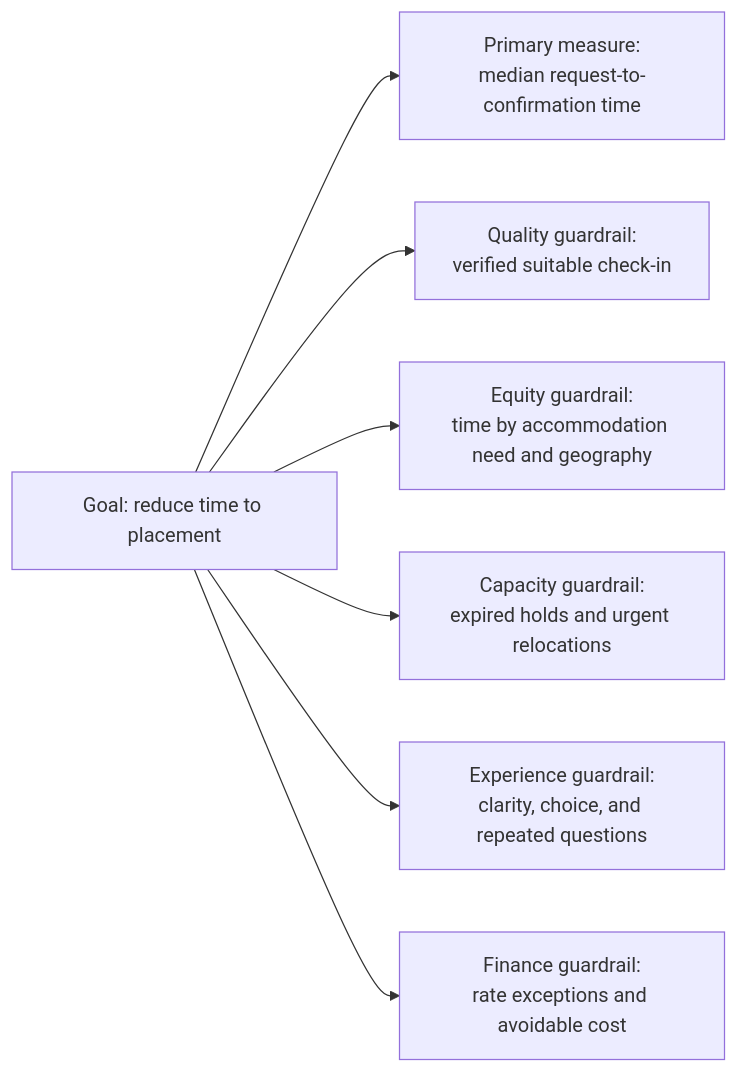
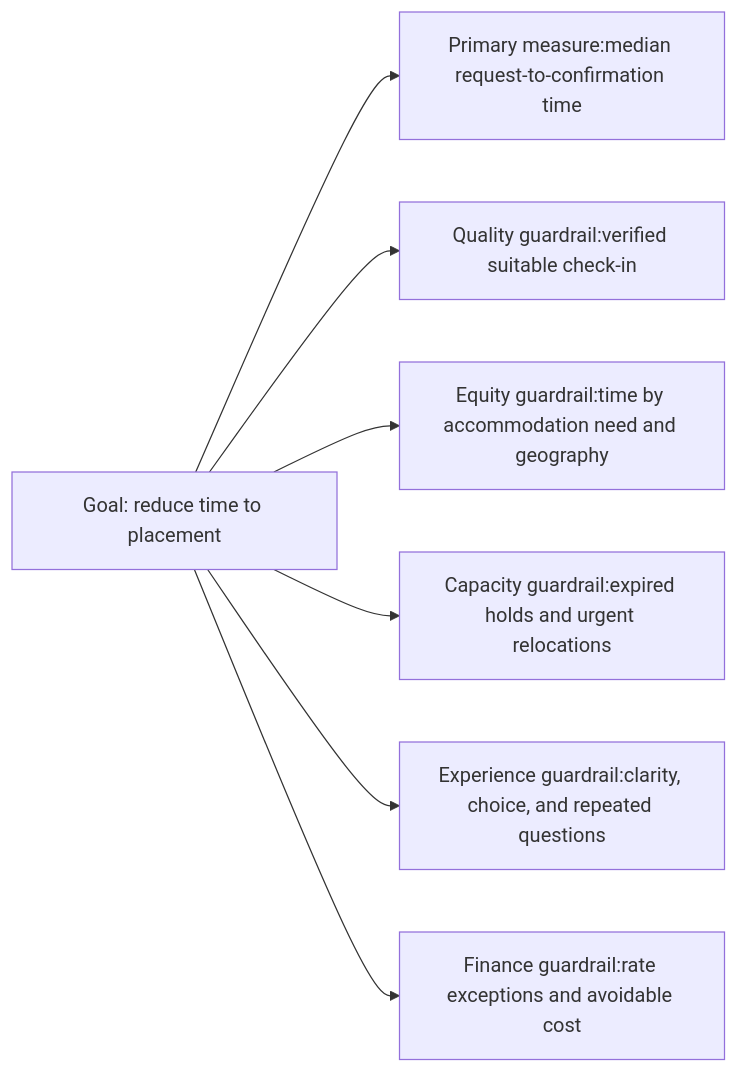
Before and after one commit to oigbokwe73/BeaResponseCare: diagram 28 of 32 in README.md, drawn with Mermaid.

Commit message:
Refactor mermaid diagram labels in README
Updated mermaid diagram by removing HTML line breaks from labels.

````diff
--- a/README.md
+++ b/README.md
@@ -3360,9 +3360,9 @@
 ```mermaid
 flowchart LR
-    A["Goal: reduce time to placement"] --> B["Primary measure:<br/>median request-to-confirmation time"]
-    A --> C["Quality guardrail:<br/>verified suitable check-in"]
-    A --> D["Equity guardrail:<br/>time by accommodation need and geography"]
-    A --> E["Capacity guardrail:<br/>expired holds and urgent relocations"]
-    A --> F["Experience guardrail:<br/>clarity, choice, and repeated questions"]
-    A --> G["Finance guardrail:<br/>rate exceptions and avoidable cost"]
+    A["Goal: reduce time to placement"] --> B["Primary measure:median request-to-confirmation time"]
+    A --> C["Quality guardrail:verified suitable check-in"]
+    A --> D["Equity guardrail:time by accommodation need and geography"]
+    A --> E["Capacity guardrail:expired holds and urgent relocations"]
+    A --> F["Experience guardrail:clarity, choice, and repeated questions"]
+    A --> G["Finance guardrail:rate exceptions and avoidable cost"]
 ```
````
